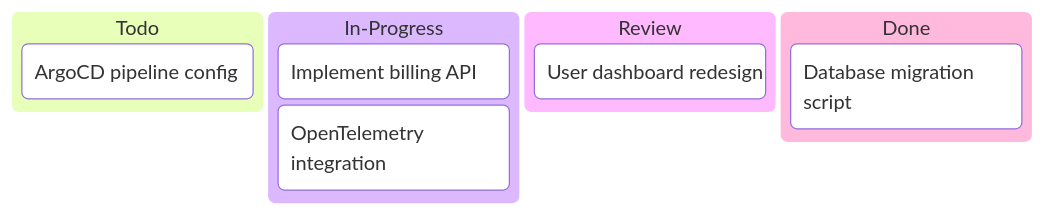
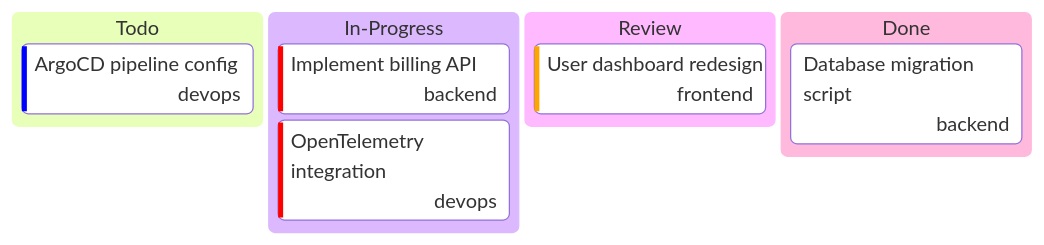
One commit to Katty-Fashion/kf-cpto changed the diagram in docs/_projects/nuoform.md. Above: the diagram before and after it, drawn with Mermaid. The commit also changed other lines of this file and 12 other files, not shown here.

````diff
--- a/docs/_projects/nuoform.md
+++ b/docs/_projects/nuoform.md
@@ -28,12 +33,12 @@
 ```mermaid
 kanban
   Todo
-    t2[ArgoCD pipeline config]
+    t2[ArgoCD pipeline config]@{ priority: 'Low', assigned: 'devops' }
   In-Progress
-    t1[Implement billing API]
-    t3[OpenTelemetry integration]
+    t1[Implement billing API]@{ priority: 'Very High', assigned: 'backend' }
+    t3[OpenTelemetry integration]@{ priority: 'Very High', assigned: 'devops' }
   Review
-    t4[User dashboard redesign]
+    t4[User dashboard redesign]@{ priority: 'High', assigned: 'frontend' }
   Done
-    t5[Database migration script]
+    t5[Database migration script]@{ assigned: 'backend' }
 ```
````
